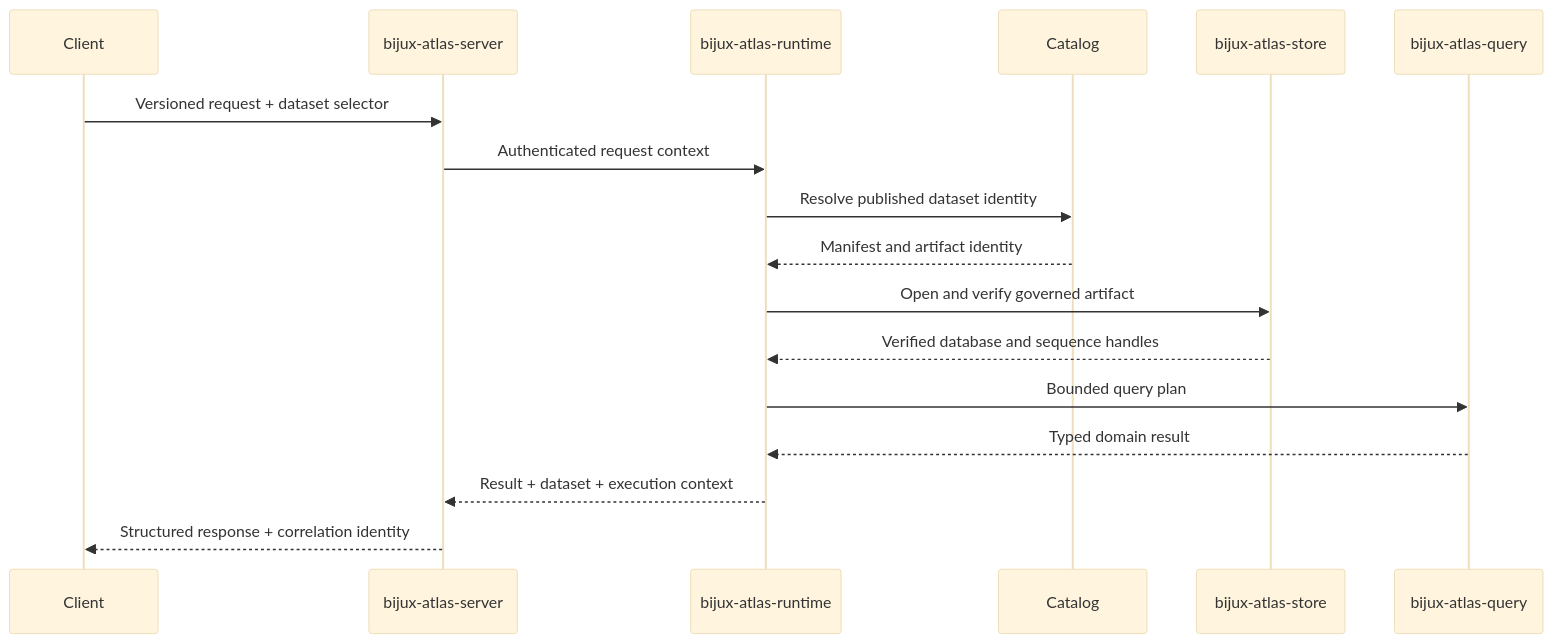
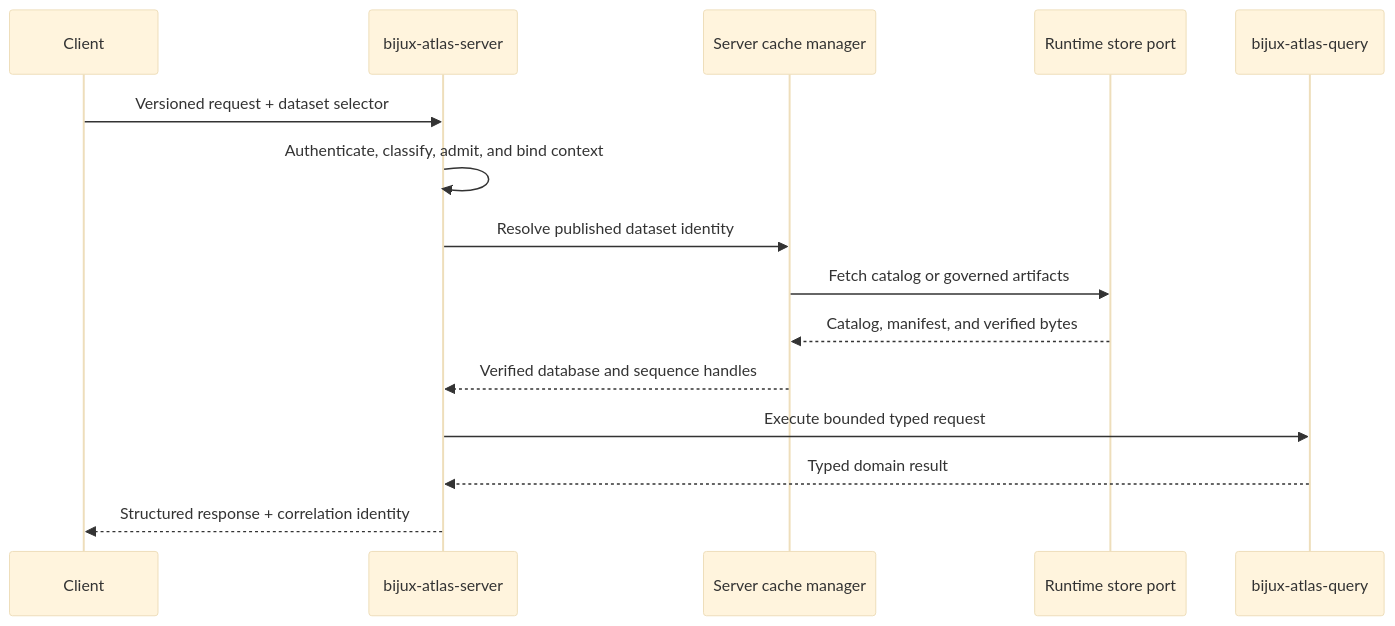
The second of 5 diagrams in docs/bijux-atlas/runtime/system-overview.md (bijux/bijux-atlas), drawn with Mermaid (base theme) before and after one commit. The commit also changed other lines of this file and 2 other files, not shown here.

Commit message:
docs(product): separate dataset and software lifecycles

````diff
--- a/docs/bijux-atlas/runtime/system-overview.md
+++ b/docs/bijux-atlas/runtime/system-overview.md
@@ -57,19 +64,17 @@
 ```mermaid
 sequenceDiagram
     participant Client
     participant Server as bijux-atlas-server
-    participant Runtime as bijux-atlas-runtime
-    participant Catalog
-    participant Store as bijux-atlas-store
+    participant Cache as Server cache manager
+    participant Store as Runtime store port
     participant Query as bijux-atlas-query
     Client->>Server: Versioned request + dataset selector
-    Server->>Runtime: Authenticated request context
-    Runtime->>Catalog: Resolve published dataset identity
-    Catalog-->>Runtime: Manifest and artifact identity
-    Runtime->>Store: Open and verify governed artifact
-    Store-->>Runtime: Verified database and sequence handles
-    Runtime->>Query: Bounded query plan
-    Query-->>Runtime: Typed domain result
-    Runtime-->>Server: Result + dataset + execution context
+    Server->>Server: Authenticate, classify, admit, and bind context
+    Server->>Cache: Resolve published dataset identity
+    Cache->>Store: Fetch catalog or governed artifacts
+    Store-->>Cache: Catalog, manifest, and verified bytes
+    Cache-->>Server: Verified database and sequence handles
+    Server->>Query: Execute bounded typed request
+    Query-->>Server: Typed domain result
     Server-->>Client: Structured response + correlation identity
 ```
````
